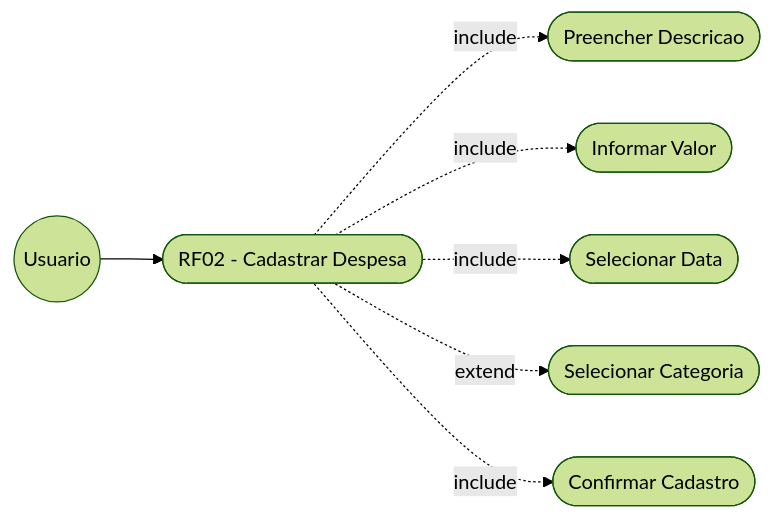
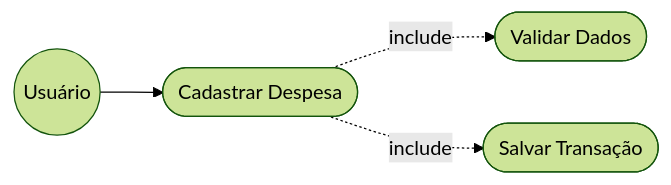
Before and after one commit to NEXA-project-br/NEXA: the second of 7 diagrams in relacionamento/dcu.md, drawn with Mermaid (forest theme). The commit also changed other lines of this file, not shown here.

Commit message:
Update use case descriptions and diagrams

````diff
--- a/relacionamento/dcu.md
+++ b/relacionamento/dcu.md
@@ -35,17 +29,11 @@
 ```mermaid
 graph LR
-  U((Usuario))
-  RF02([RF02 - Cadastrar Despesa])
-  A1([Preencher Descricao])
-  A2([Informar Valor])
-  A3([Selecionar Data])
-  A4([Selecionar Categoria])
-  A5([Confirmar Cadastro])
+  U((Usuário))
+  RF02([Cadastrar Despesa])
+  A1([Validar Dados])
+  A2([Salvar Transação])
 
   U --> RF02
   RF02 -.->|include| A1
   RF02 -.->|include| A2
-  RF02 -.->|include| A3
-  RF02 -.->|extend| A4
-  RF02 -.->|include| A5
 ```
````
